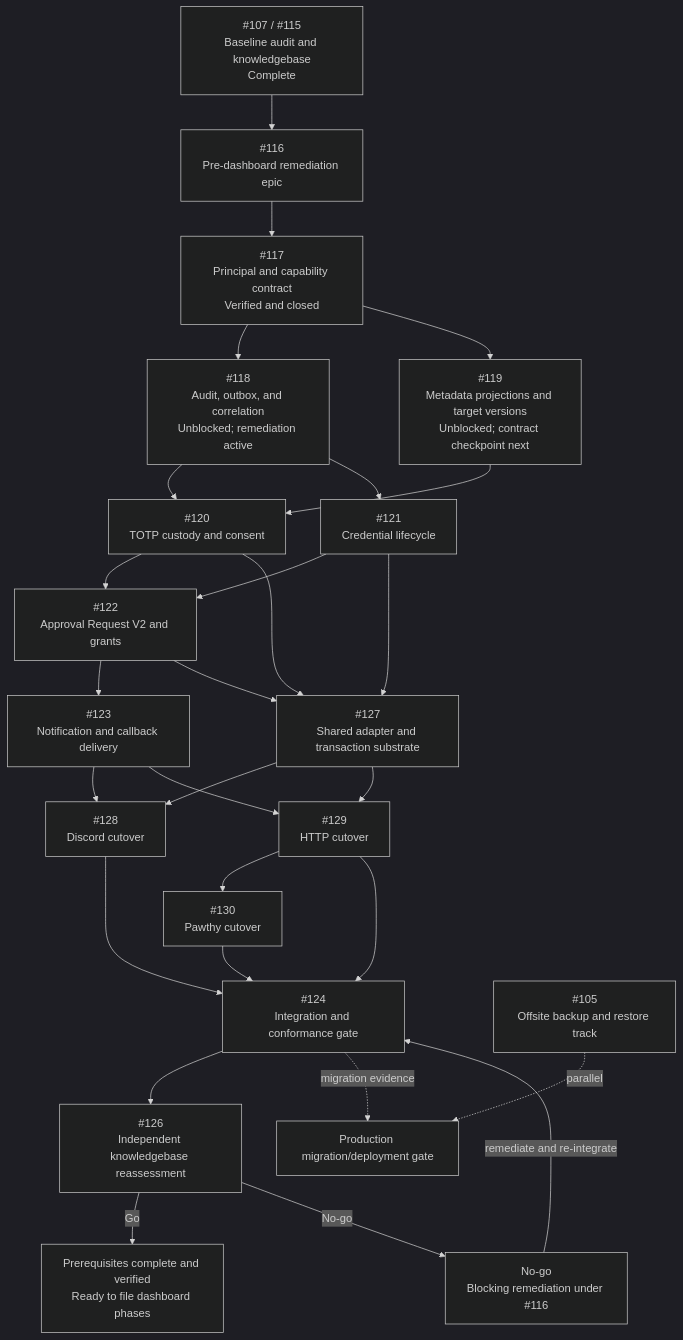
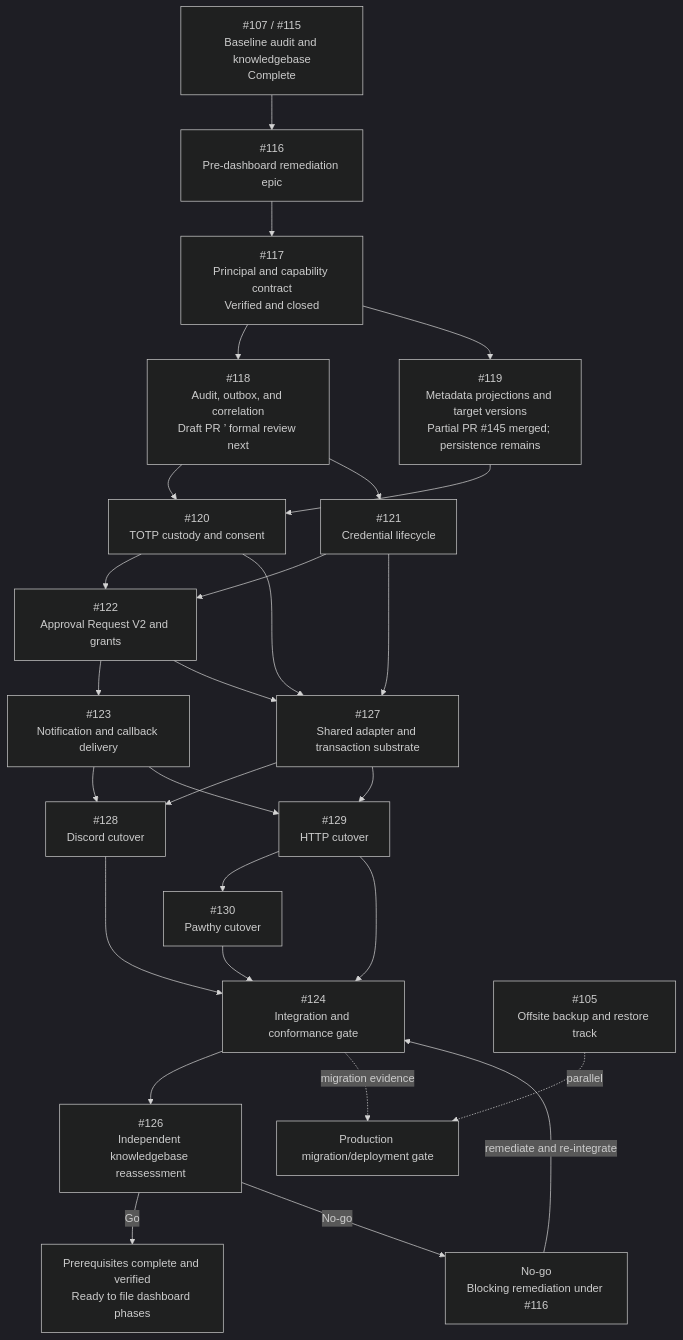
Before and after one commit to kuasha420/purrmission: the diagram in docs/epics/rbac-prerequisite-execution-graph.md, drawn with Mermaid (dark theme). The commit also changed other lines of this file and 1 other file, not shown here.

Commit message:
docs(rbac): record Wave 2 review checkpoint

````diff
--- a/docs/epics/rbac-prerequisite-execution-graph.md
+++ b/docs/epics/rbac-prerequisite-execution-graph.md
@@ -77,50 +78,50 @@
 ```mermaid
 flowchart TD
   BASE["#107 / #115<br/>Baseline audit and knowledgebase<br/>Complete"]
   EPIC["#116<br/>Pre-dashboard remediation epic"]
   I117["#117<br/>Principal and capability contract<br/>Verified and closed"]
-  I118["#118<br/>Audit, outbox, and correlation<br/>Unblocked; remediation active"]
-  I119["#119<br/>Metadata projections and target versions<br/>Unblocked; contract checkpoint next"]
+  I118["#118<br/>Audit, outbox, and correlation<br/>Draft PR #146; formal review next"]
+  I119["#119<br/>Metadata projections and target versions<br/>Partial PR #145 merged; persistence remains"]
   I120["#120<br/>TOTP custody and consent"]
   I121["#121<br/>Credential lifecycle"]
   I122["#122<br/>Approval Request V2 and grants"]
   I123["#123<br/>Notification and callback delivery"]
   I127["#127<br/>Shared adapter and transaction substrate"]
   I128["#128<br/>Discord cutover"]
   I129["#129<br/>HTTP cutover"]
   I130["#130<br/>Pawthy cutover"]
   I124["#124<br/>Integration and conformance gate"]
   I126["#126<br/>Independent knowledgebase reassessment"]
   READY["Prerequisites complete and verified<br/>Ready to file dashboard phases"]
   NOGO["No-go<br/>Blocking remediation under #116"]
   I105["#105<br/>Offsite backup and restore track"]
   PROD["Production migration/deployment gate"]
 
   BASE --> EPIC
   EPIC --> I117
   I117 --> I118
   I117 --> I119
   I118 --> I120
   I119 --> I120
   I118 --> I121
   I120 --> I122
   I121 --> I122
   I122 --> I123
   I120 --> I127
   I121 --> I127
   I122 --> I127
   I123 --> I128
   I127 --> I128
   I123 --> I129
   I127 --> I129
   I129 --> I130
   I128 --> I124
   I129 --> I124
   I130 --> I124
   I124 --> I126
   I126 -->|Go| READY
   I126 -->|No-go| NOGO
   NOGO -->|remediate and re-integrate| I124
   I105 -. parallel .-> PROD
   I124 -. migration evidence .-> PROD
 ```
````
